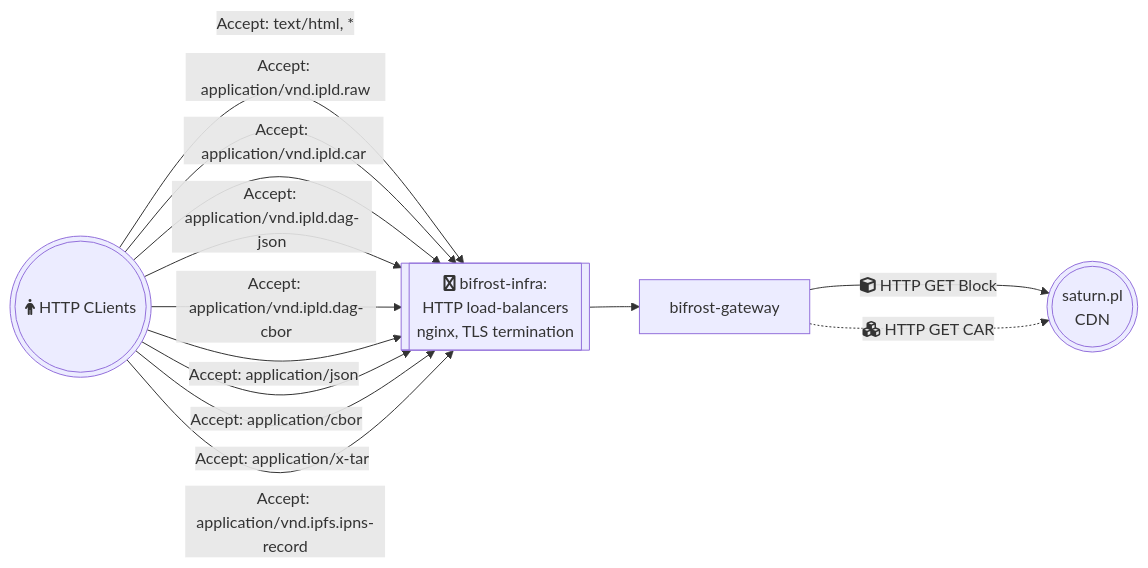
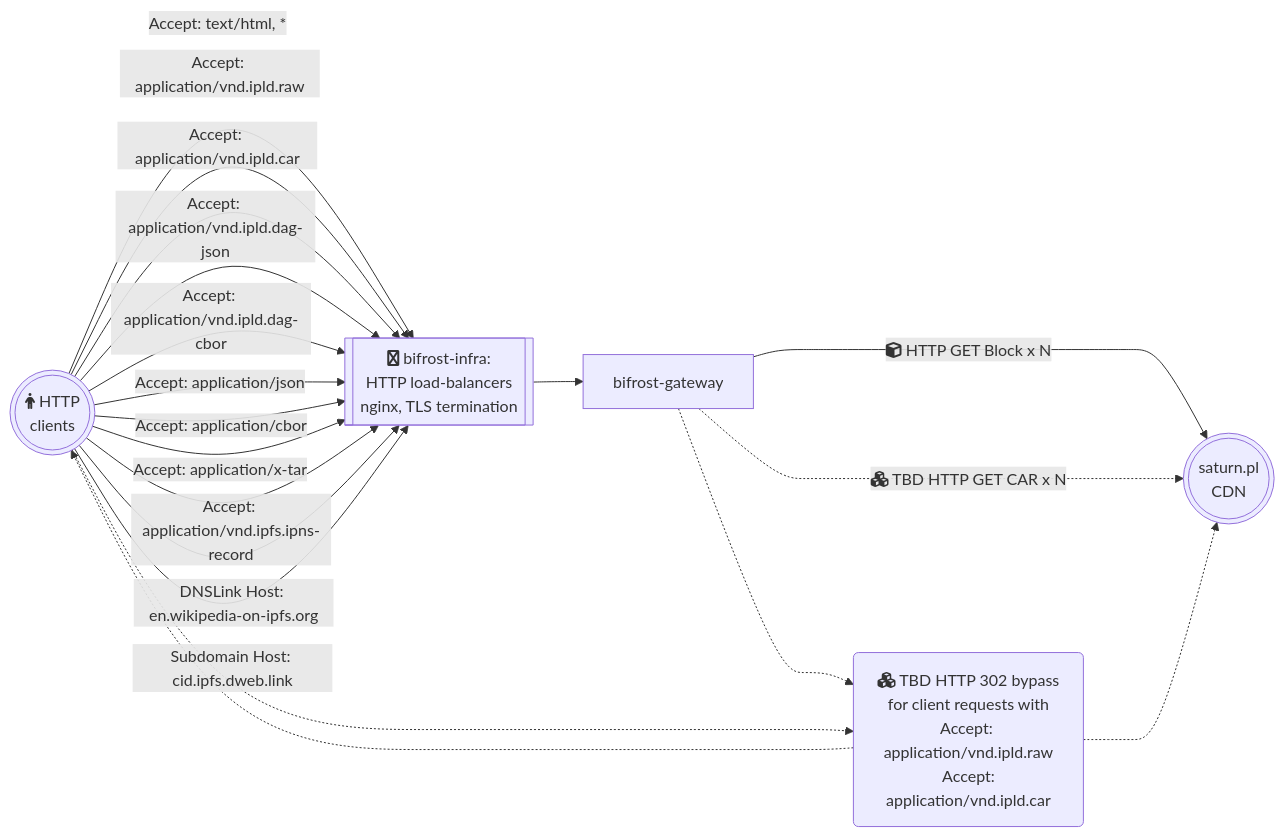
One commit to ipfs-inactive/bifrost-gateway changed the diagram in README.md. Above: the diagram before and after it, drawn with Mermaid. The commit also changed other lines of this file, not shown here.

Commit message:
docs: Host header and TBD 302 bypass

````diff
--- a/README.md
+++ b/README.md
@@ -22,23 +22,28 @@
 ```mermaid
 graph LR
-    A(((fa:fa-person HTTP CLients)))
+    A(((fa:fa-person HTTP</br>clients)))
     B[bifrost-gateway]
     N[[fa:fa-hive bifrost-infra:<br>HTTP load-balancers<br> nginx, TLS termination]]
     S(((saturn.pl<br>CDN)))
+    R(fa:fa-cubes TBD HTTP 302 bypass<br> for client requests with <br>Accept: application/vnd.ipld.raw<br> Accept: application/vnd.ipld.car)
 
 
     A -->| Accept: text/html, *| N
     A -->| Accept: application/vnd.ipld.raw | N
     A -->| Accept: application/vnd.ipld.car | N
     A -->| Accept: application/vnd.ipld.dag-json | N
     A -->| Accept: application/vnd.ipld.dag-cbor | N
     A -->| Accept: application/json | N
     A -->| Accept: application/cbor | N
     A -->| Accept: application/x-tar | N
     A -->| Accept: application/vnd.ipfs.ipns-record | N
+    A -->| DNSLink Host: en.wikipedia-on-ipfs.org | N
+    A -->| Subdomain Host: cid.ipfs.dweb.link | N
 
     N --> B
     
-    B --->|fa:fa-cube HTTP GET Block | S
-    B ..->|fa:fa-cubes HTTP GET CAR | S
+    B --->|fa:fa-cube HTTP GET Block x N | S
+    B ..->|fa:fa-cubes TBD HTTP GET CAR x N | S
+    R ..-> A
+    B & A ..-> R ..-> S
 ```
````
